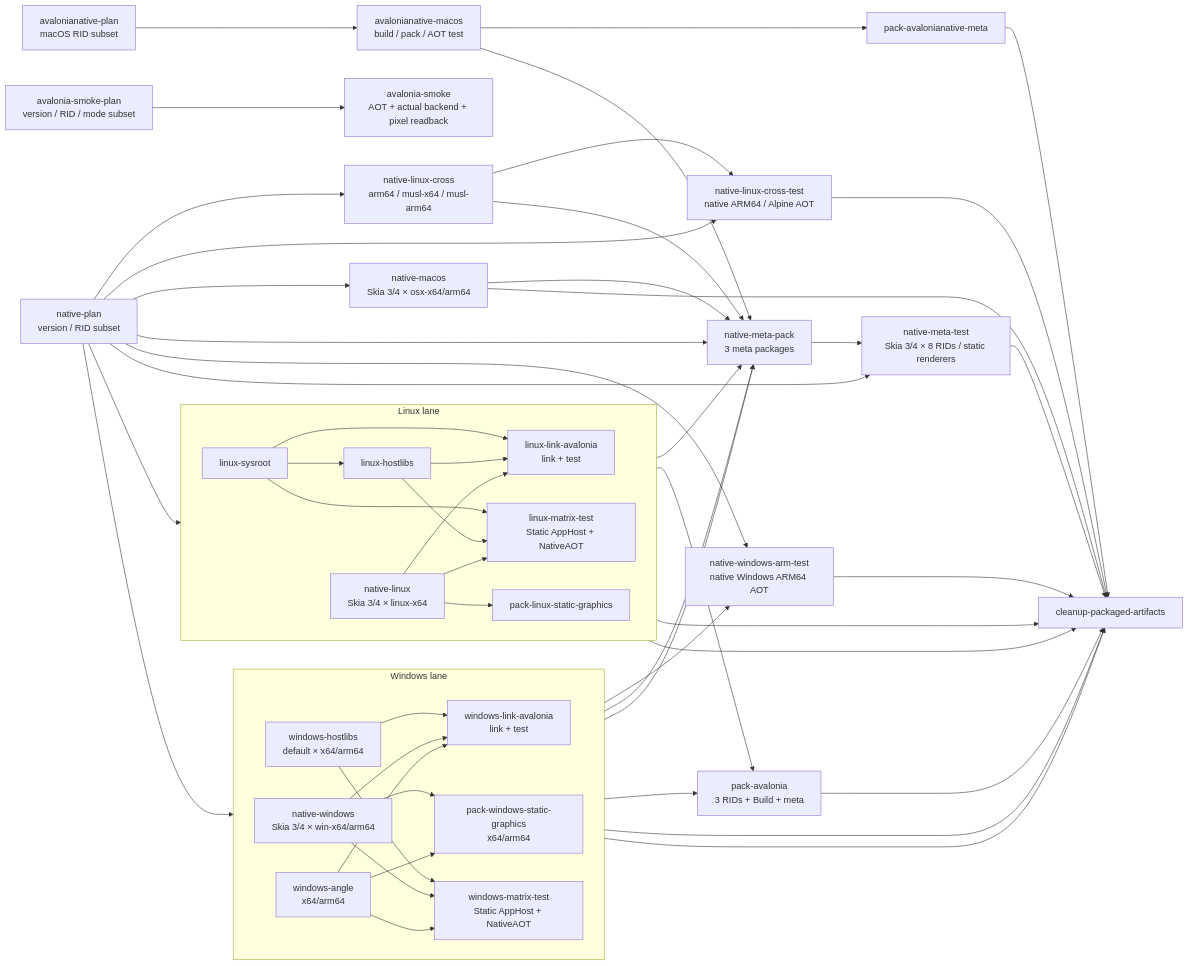
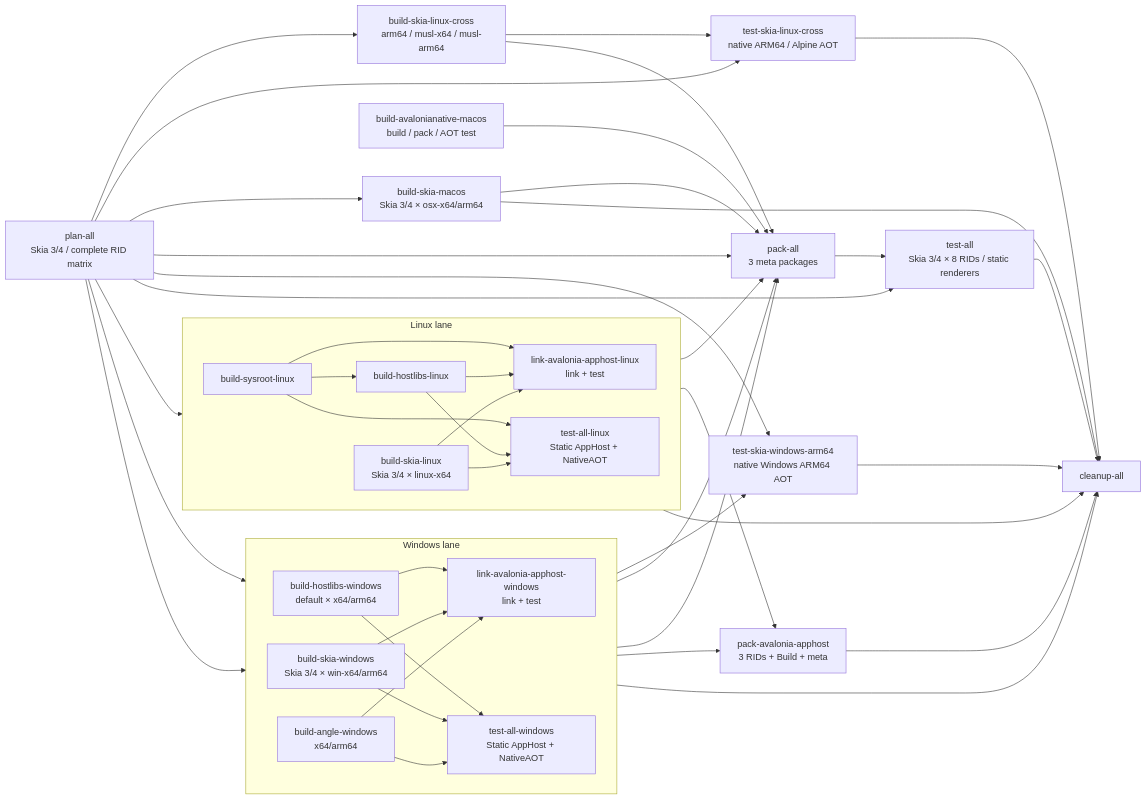
One commit to chsbuffer/HostForge changed the diagram in DEVELOPMENT.md. Above: the diagram before and after it, drawn with Mermaid. The commit also changed other lines of this file and 1 other file, not shown here.

First line of the commit message:
Refactor CI to fixed push-only matrix

````diff
--- a/DEVELOPMENT.md
+++ b/DEVELOPMENT.md
@@ -229,74 +231,65 @@
 ```mermaid
 flowchart LR
-    ASP["avalonia-smoke-plan<br/>version / RID / mode subset"] --> AS["avalonia-smoke<br/>AOT + actual backend + pixel readback"]
-    ANP["avalonianative-plan<br/>macOS RID subset"] --> AN["avalonianative-macos<br/>build / pack / AOT test"]
-    AN --> ANM["pack-avalonianative-meta"]
-    ANM --> CLEAN
-    NP["native-plan<br/>version / RID subset"] --> NW["native-windows<br/>Skia 3/4 × win-x64/arm64"]
-    NP --> NL["native-linux<br/>Skia 3/4 × linux-x64"]
-    NP --> NLC["native-linux-cross<br/>arm64 / musl-x64 / musl-arm64"]
-    NP --> NLCT["native-linux-cross-test<br/>native ARM64 / Alpine AOT"]
+    AN["build-avalonianative-macos<br/>build / pack / AOT test"]
+    NP["plan-all<br/>Skia 3/4 / complete RID matrix"] --> NW["build-skia-windows<br/>Skia 3/4 × win-x64/arm64"]
+    NP --> NL["build-skia-linux<br/>Skia 3/4 × linux-x64"]
+    NP --> NLC["build-skia-linux-cross<br/>arm64 / musl-x64 / musl-arm64"]
+    NP --> NLCT["test-skia-linux-cross<br/>native ARM64 / Alpine AOT"]
     NLC --> NLCT
-    NP --> NM["native-macos<br/>Skia 3/4 × osx-x64/arm64"]
-    NP --> NMP["native-meta-pack<br/>3 meta packages"]
+    NP --> NM["build-skia-macos<br/>Skia 3/4 × osx-x64/arm64"]
+    NP --> NMP["pack-all<br/>3 meta packages"]
     NP --> NWAT
-    NW --> NWAT["native-windows-arm-test<br/>native Windows ARM64 AOT"]
+    NW --> NWAT["test-skia-windows-arm64<br/>native Windows ARM64 AOT"]
     NW --> NMP
     NLC --> NMP
     AN --> NMP
     NL --> NMP
     NM --> NMP
+    NP --> WA
     WA --> NMP
-    NP --> NMT["native-meta-test<br/>Skia 3/4 × 8 RIDs / static renderers"]
+    NP --> NMT["test-all<br/>Skia 3/4 × 8 RIDs / static renderers"]
     NMP --> NMT
     subgraph W["Windows lane"]
         direction LR
-        WH["windows-hostlibs<br/>default × x64/arm64"]
-        WA["windows-angle<br/>x64/arm64"]
-        WPG["pack-windows-static-graphics<br/>x64/arm64"]
-        WLA["windows-link-avalonia<br/>link + test"]
-        WM["windows-matrix-test<br/>Static AppHost + NativeAOT"]
+        WH["build-hostlibs-windows<br/>default × x64/arm64"]
+        WA["build-angle-windows<br/>x64/arm64"]
+        WLA["link-avalonia-apphost-windows<br/>link + test"]
+        WM["test-all-windows<br/>Static AppHost + NativeAOT"]
 
         WH --> WLA
         NW --> WLA
         WA --> WLA
-        NW --> WPG
-        WA --> WPG
         WH --> WM
         NW --> WM
         WA --> WM
     end
 
     subgraph L["Linux lane"]
         direction LR
-        LSY["linux-sysroot"]
-        LH["linux-hostlibs"]
-        LPG["pack-linux-static-graphics"]
-        LLA["linux-link-avalonia<br/>link + test"]
-        LM["linux-matrix-test<br/>Static AppHost + NativeAOT"]
+        LSY["build-sysroot-linux"]
+        LH["build-hostlibs-linux"]
+        LLA["link-avalonia-apphost-linux<br/>link + test"]
+        LM["test-all-linux<br/>Static AppHost + NativeAOT"]
 
         LSY --> LH
         LSY --> LLA
         LSY --> LM
         LH --> LLA
         NL --> LLA
-        NL --> LPG
         LH --> LM
         NL --> LM
     end
 
-    PA["pack-avalonia<br/>3 RIDs + Build + meta"]
-    CLEAN["cleanup-packaged-artifacts"]
+    PA["pack-avalonia-apphost<br/>3 RIDs + Build + meta"]
+    CLEAN["cleanup-all"]
     NLCT --> CLEAN
 
     WLA --> PA
     LLA --> PA
-    WPG --> CLEAN
     WM --> CLEAN
-    LPG --> CLEAN
     LM --> CLEAN
     PA --> CLEAN
     NMT --> CLEAN
     NM --> CLEAN
     NWAT --> CLEAN
 ```
````
